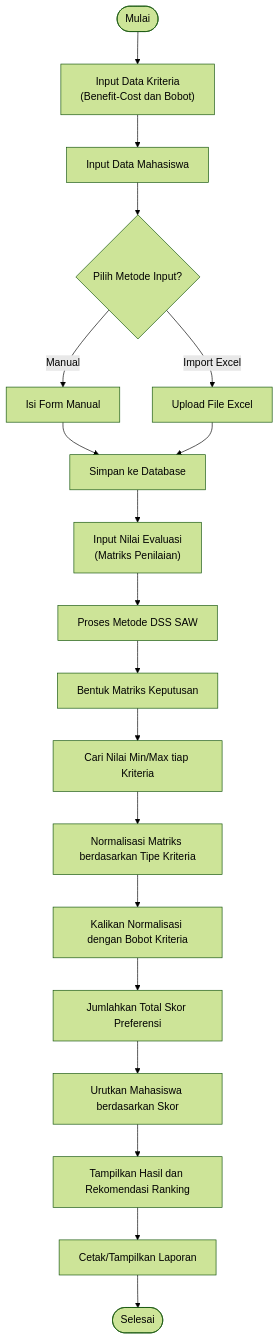
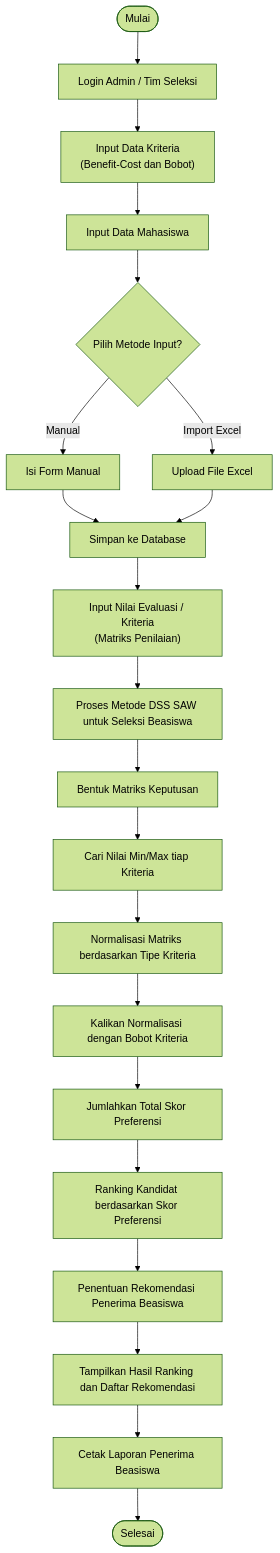
Before and after one commit to pujo698/tugas-spk: the diagram in rancangan_sistem/flowchart.md, drawn with Mermaid (forest theme). The commit also changed other lines of this file and 15 other files, not shown here.

Commit message:
docs: update documentation to reflect DSS Rekomendasi Penerima Beasiswa Akademik

````diff
--- a/rancangan_sistem/flowchart.md
+++ b/rancangan_sistem/flowchart.md
@@ -5,27 +5,29 @@
 ```mermaid
 flowchart TD
-    Start([Mulai]) --> InputKriteria["Input Data Kriteria<br/>(Benefit-Cost dan Bobot)"]
+    Start([Mulai]) --> Login["Login Admin / Tim Seleksi"]
+    Login --> InputKriteria["Input Data Kriteria<br/>(Benefit-Cost dan Bobot)"]
 
     InputKriteria --> InputMahasiswa["Input Data Mahasiswa"]
     InputMahasiswa --> PilihanImport{"Pilih Metode Input?"}
 
     PilihanImport -->|Manual| FormManual["Isi Form Manual"]
     PilihanImport -->|Import Excel| FileExcel["Upload File Excel"]
 
     FormManual --> SimpanMhs["Simpan ke Database"]
     FileExcel --> SimpanMhs
 
-    SimpanMhs --> InputNilai["Input Nilai Evaluasi<br/>(Matriks Penilaian)"]
-    InputNilai --> DSSProses["Proses Metode DSS SAW"]
+    SimpanMhs --> InputNilai["Input Nilai Evaluasi / Kriteria<br/>(Matriks Penilaian)"]
+    InputNilai --> DSSProses["Proses Metode DSS SAW untuk Seleksi Beasiswa"]
 
     DSSProses --> Matriks["Bentuk Matriks Keputusan"]
     Matriks --> MinMax["Cari Nilai Min/Max tiap Kriteria"]
     MinMax --> Normalisasi["Normalisasi Matriks berdasarkan Tipe Kriteria"]
     Normalisasi --> KaliBobot["Kalikan Normalisasi dengan Bobot Kriteria"]
     KaliBobot --> SumSkor["Jumlahkan Total Skor Preferensi"]
-    SumSkor --> SortRanking["Urutkan Mahasiswa berdasarkan Skor"]
+    SumSkor --> SortRanking["Ranking Kandidat berdasarkan Skor Preferensi"]
 
-    SortRanking --> TampilHasil["Tampilkan Hasil dan Rekomendasi Ranking"]
-    TampilHasil --> Laporan["Cetak/Tampilkan Laporan"]
+    SortRanking --> PenentuanRekomendasi["Penentuan Rekomendasi Penerima Beasiswa"]
+    PenentuanRekomendasi --> TampilHasil["Tampilkan Hasil Ranking dan Daftar Rekomendasi"]
+    TampilHasil --> Laporan["Cetak Laporan Penerima Beasiswa"]
     Laporan --> End([Selesai])
 ```
````
